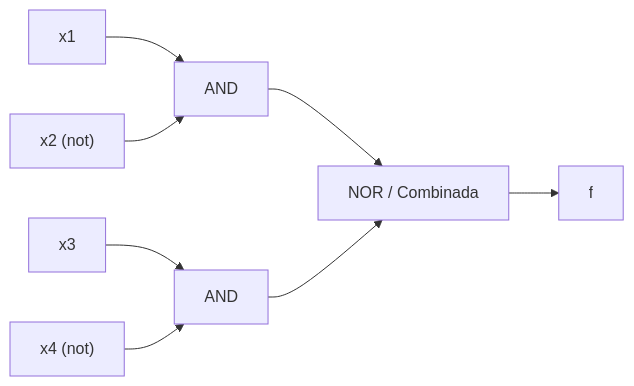
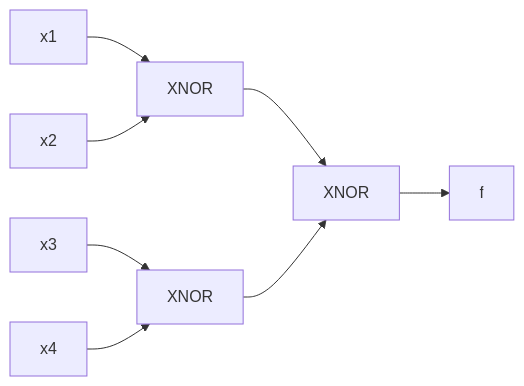
One commit to pedroac05/SoC changed the first of 2 diagrams in reports/enunciado_taller.md. Above: the diagram before and after it, drawn with Mermaid. The commit also changed 20 other files, not shown here.

````diff
--- a/reports/enunciado_taller.md
+++ b/reports/enunciado_taller.md
@@ -57,10 +57,10 @@
 ```mermaid
 graph LR
-    x1["x1"] --> G1["AND"]
-    x2["x2 (not)"] --> G1
-    x3["x3"] --> G2["AND"]
-    x4["x4 (not)"] --> G2
-    G1 --> G3["NOR / Combinada"]
+    x1["x1"] --> G1["XNOR"]
+    x2["x2"] --> G1
+    x3["x3"] --> G2["XNOR"]
+    x4["x4"] --> G2
+    G1 --> G3["XNOR"]
     G2 --> G3
     G3 --> f["f"]
 ```
````
